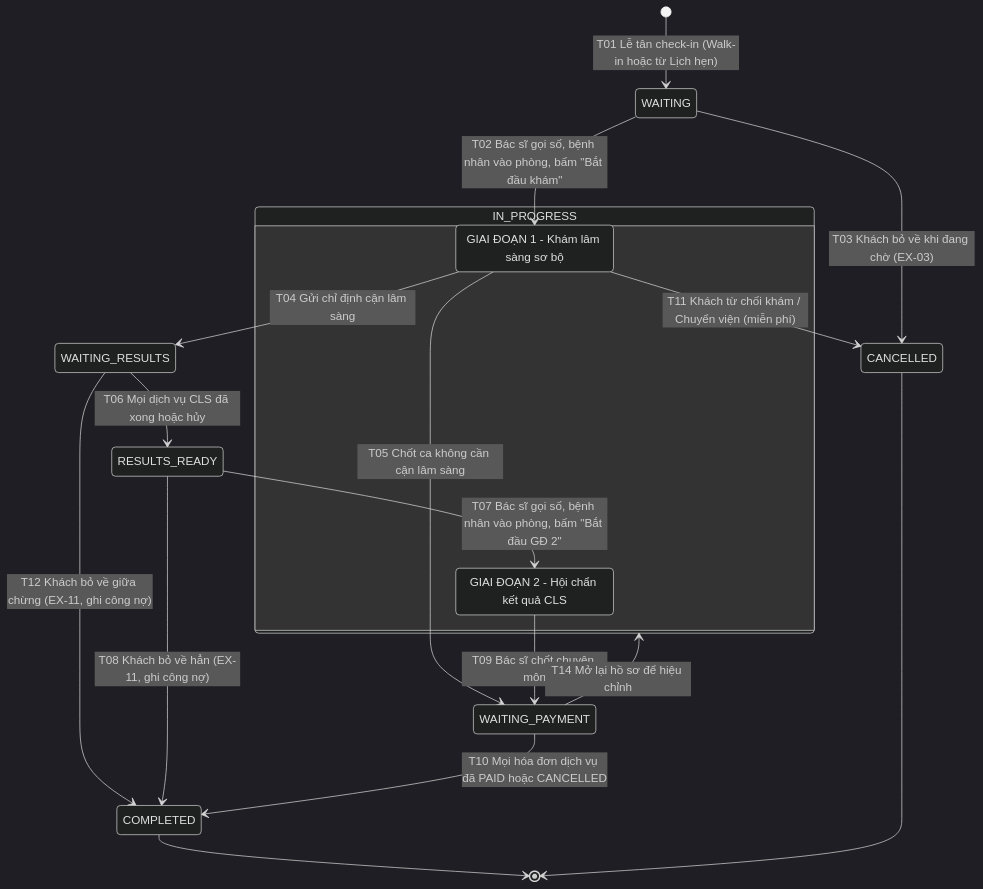
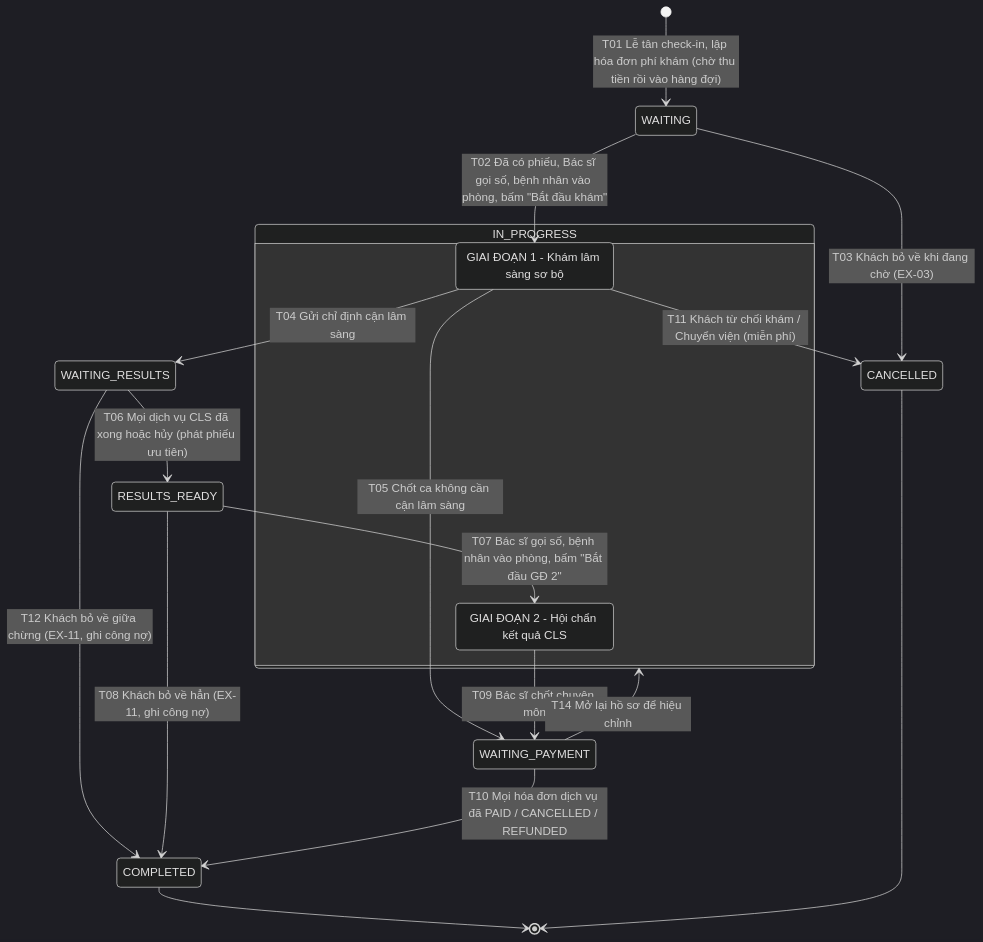
One commit to napersau/Doan changed the second of 8 diagrams in docs/THIET_KE_SO_DO_TRANG_THAI_STATE_MACHINE.md. Above: the diagram before and after it, drawn with Mermaid (dark theme). The commit also changed other lines of this file and 95 other files, not shown here.

````diff
--- a/docs/THIET_KE_SO_DO_TRANG_THAI_STATE_MACHINE.md
+++ b/docs/THIET_KE_SO_DO_TRANG_THAI_STATE_MACHINE.md
@@ -124,30 +152,30 @@
 ```mermaid
 stateDiagram-v2
-    [*] --> WAITING : T01 Lễ tân check-in (Walk-in hoặc từ Lịch hẹn)
+    [*] --> WAITING : T01 Lễ tân check-in, lập hóa đơn phí khám (chờ thu tiền rồi vào hàng đợi)
 
-    WAITING --> GIAI_DOAN_1 : T02 Bác sĩ gọi số, bệnh nhân vào phòng, bấm "Bắt đầu khám"
+    WAITING --> GIAI_DOAN_1 : T02 Đã có phiếu, Bác sĩ gọi số, bệnh nhân vào phòng, bấm "Bắt đầu khám"
     WAITING --> CANCELLED : T03 Khách bỏ về khi đang chờ (EX-03)
 
     state IN_PROGRESS {
         GIAI_DOAN_1 : GIAI ĐOẠN 1 - Khám lâm sàng sơ bộ
         GIAI_DOAN_2 : GIAI ĐOẠN 2 - Hội chẩn kết quả CLS
     }
 
     GIAI_DOAN_1 --> WAITING_RESULTS : T04 Gửi chỉ định cận lâm sàng
     GIAI_DOAN_1 --> WAITING_PAYMENT : T05 Chốt ca không cần cận lâm sàng
     GIAI_DOAN_1 --> CANCELLED : T11 Khách từ chối khám / Chuyển viện (miễn phí)
 
-    WAITING_RESULTS --> RESULTS_READY : T06 Mọi dịch vụ CLS đã xong hoặc hủy
+    WAITING_RESULTS --> RESULTS_READY : T06 Mọi dịch vụ CLS đã xong hoặc hủy (phát phiếu ưu tiên)
     WAITING_RESULTS --> COMPLETED : T12 Khách bỏ về giữa chừng (EX-11, ghi công nợ)
 
     RESULTS_READY --> GIAI_DOAN_2 : T07 Bác sĩ gọi số, bệnh nhân vào phòng, bấm "Bắt đầu GĐ 2"
     RESULTS_READY --> COMPLETED : T08 Khách bỏ về hẳn (EX-11, ghi công nợ)
 
     GIAI_DOAN_2 --> WAITING_PAYMENT : T09 Bác sĩ chốt chuyên môn
 
-    WAITING_PAYMENT --> COMPLETED : T10 Mọi hóa đơn dịch vụ đã PAID hoặc CANCELLED
+    WAITING_PAYMENT --> COMPLETED : T10 Mọi hóa đơn dịch vụ đã PAID / CANCELLED / REFUNDED
     WAITING_PAYMENT --> IN_PROGRESS : T14 Mở lại hồ sơ để hiệu chỉnh
 
     COMPLETED --> [*]
     CANCELLED --> [*]
 ```
````
